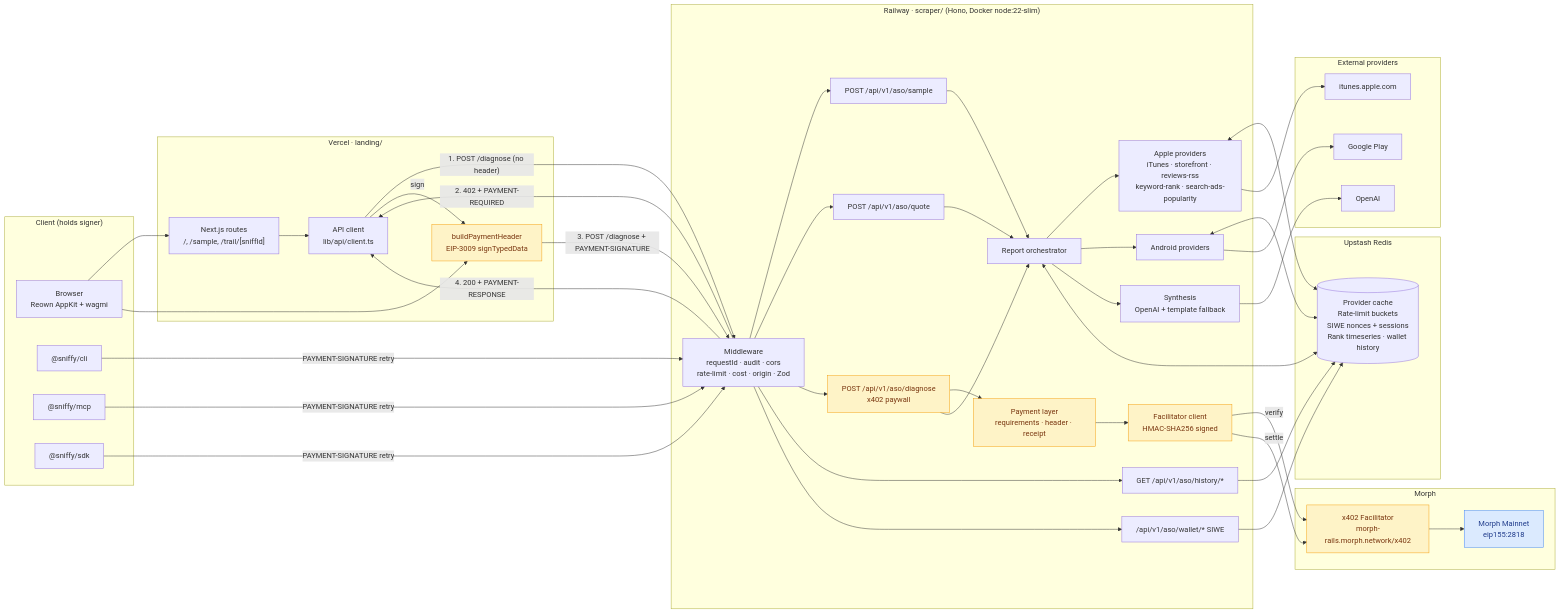
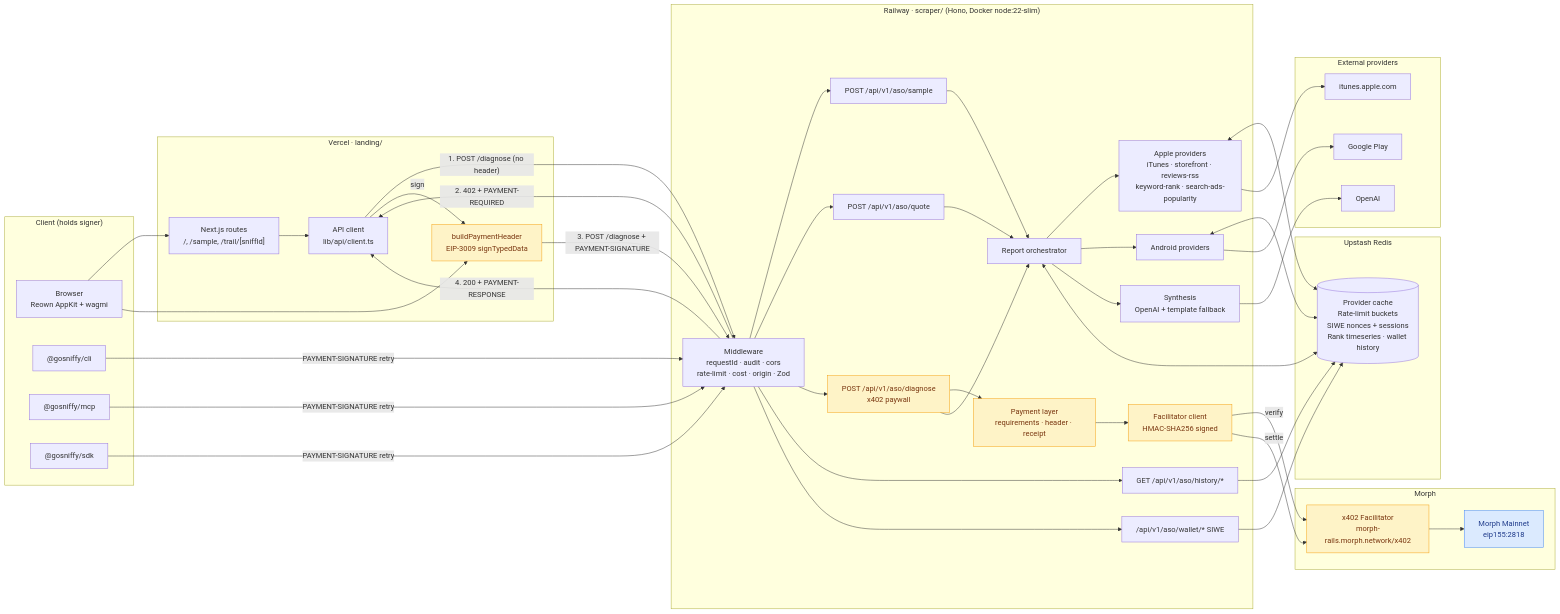
One commit to TheoInTech/asosniffy-com changed the first of 2 diagrams in README.md. Above: the diagram before and after it, drawn with Mermaid. The commit also changed other lines of this file and 45 other files, not shown here.

```diff
--- a/README.md
+++ b/README.md
@@ -119,9 +120,9 @@
 flowchart LR
     subgraph Client["Client (holds signer)"]
         BR["Browser<br/>Reown AppKit + wagmi"]
-        CLI["@sniffy/cli"]
-        MCP["@sniffy/mcp"]
-        SDK["@sniffy/sdk"]
+        CLI["@gosniffy/cli"]
+        MCP["@gosniffy/mcp"]
+        SDK["@gosniffy/sdk"]
     end
 
     subgraph Vercel["Vercel · landing/"]
```
